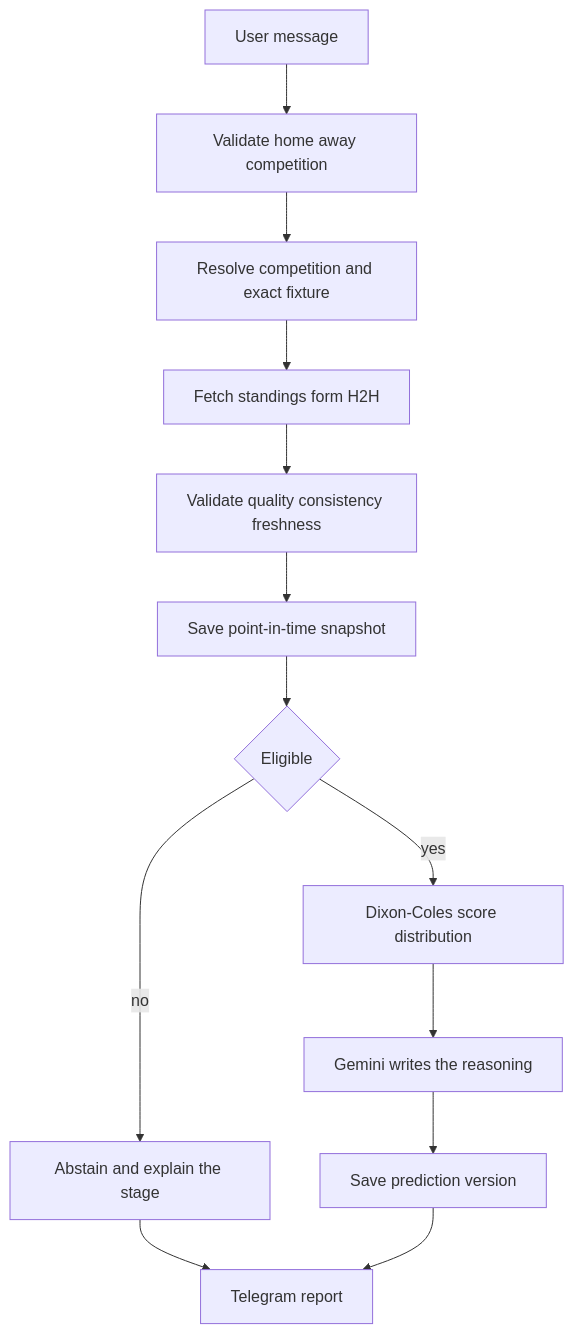
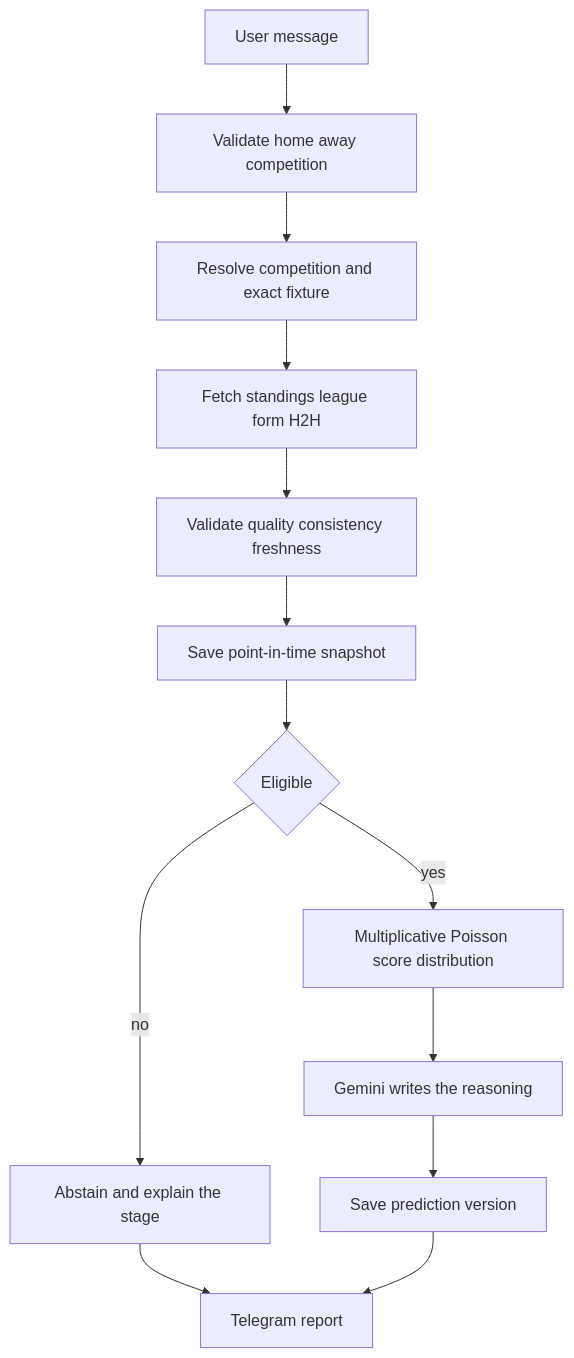
One commit to Mahmoud-3050/football-prediction changed the first of 2 diagrams in docs/architecture.md. Above: the diagram before and after it, drawn with Mermaid. The commit also changed other lines of this file and 69 other files, not shown here.

````diff
--- a/docs/architecture.md
+++ b/docs/architecture.md
@@ -24,15 +24,15 @@
 ```mermaid
 flowchart TD
   user[User message] --> parse[Validate home away competition]
   parse --> identify[Resolve competition and exact fixture]
-  identify --> fetch[Fetch standings form H2H]
+  identify --> fetch[Fetch standings league form H2H]
   fetch --> check[Validate quality consistency freshness]
   check --> snap[Save point-in-time snapshot]
   snap --> eligible{Eligible}
   eligible -->|no| abstain[Abstain and explain the stage]
-  eligible -->|yes| rates[Dixon-Coles score distribution]
+  eligible -->|yes| rates[Multiplicative Poisson score distribution]
   rates --> gemini[Gemini writes the reasoning]
   gemini --> version[Save prediction version]
   abstain --> reply[Telegram report]
   version --> reply
 ```
````
